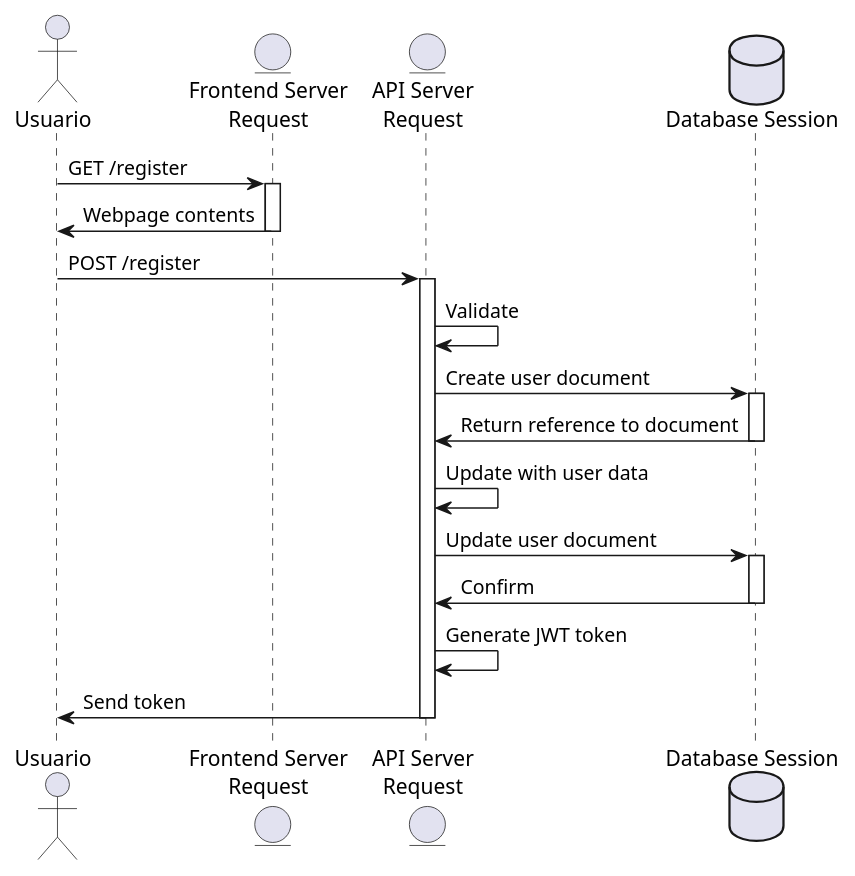
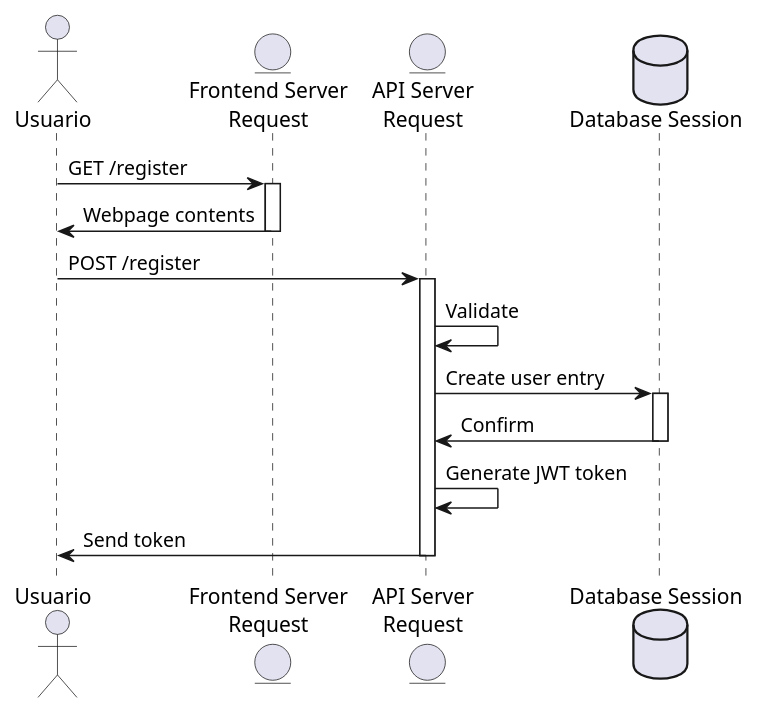
The diagram in uml/requirements/L001.wsd (wuiquique/mycelium-local), drawn with PlantUML before and after one commit. The commit also changed 1 other file, not shown here.

Commit message:
Few diagram fixes

```diff
--- a/uml/requirements/L001.wsd
+++ b/uml/requirements/L001.wsd
@@ -1,28 +1,23 @@
 @startuml sequence1
 
 actor "Usuario" as user
 entity "Frontend Server\nRequest" as fe
 entity "API Server\nRequest" as api
 database "Database Session" as db
 
 user -> fe : GET /register
 activate fe
 fe -> user : Webpage contents
 deactivate fe
 user -> api : POST /register
 activate api
 api -> api : Validate
-api -> db : Create user document
-activate db
-db -> api : Return reference to document
-deactivate db
-api -> api : Update with user data
-api -> db : Update user document
+api -> db : Create user entry
 activate db
 db -> api : Confirm
 deactivate db
 api -> api : Generate JWT token
 api -> user : Send token
 deactivate api
 
 @enduml
```
